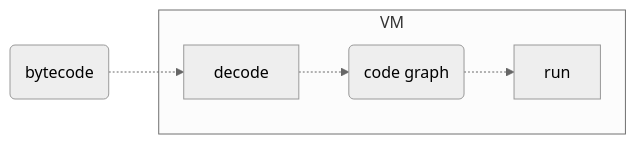
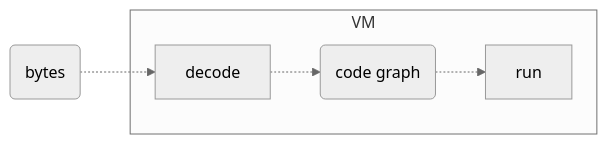
The diagram in slides/papers/stak-scheme/run.mmd (raviqqe/doc), drawn with Mermaid (neutral theme) before and after one commit. The commit also changed 6 other files, not shown here.

```diff
--- a/slides/papers/stak-scheme/run.mmd
+++ b/slides/papers/stak-scheme/run.mmd
@@ -1,6 +1,6 @@
 flowchart LR
-  d0(bytecode) -.-> decode
+  d0(bytes):::blue -.-> decode
 
   subgraph VM
     decode -.-> d1(code graph):::red -.-> run
   end
```
